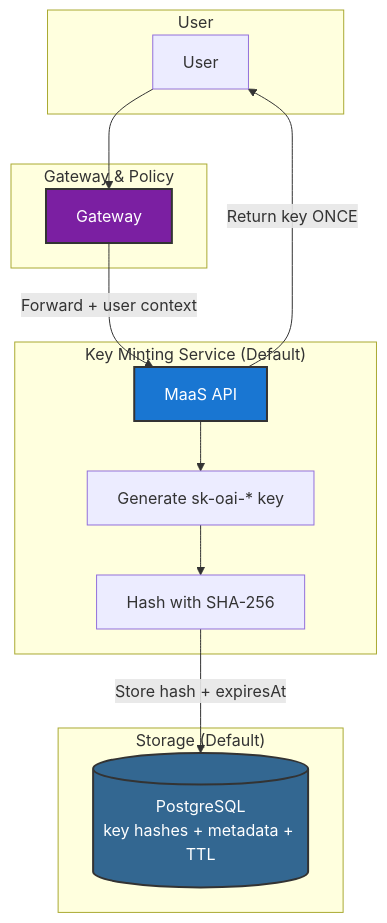
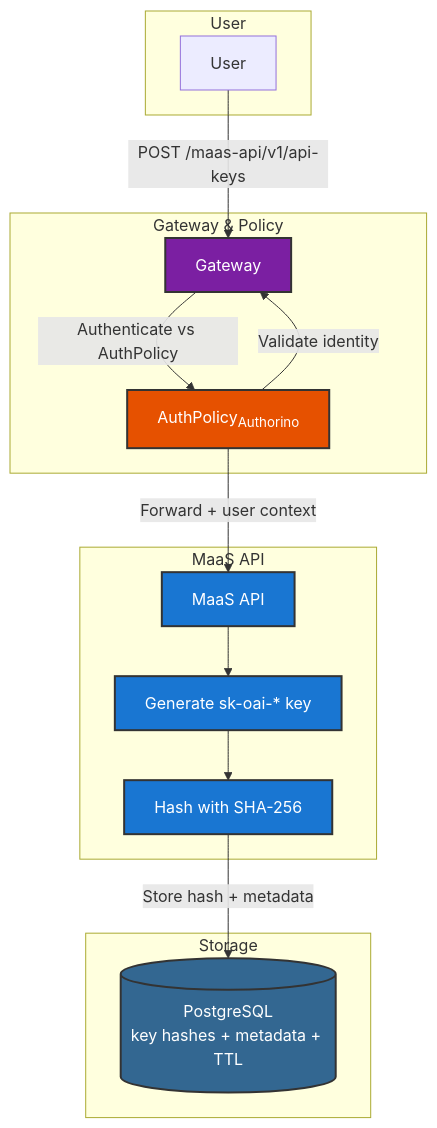
Before and after one commit to opendatahub-io/models-as-a-service: the second of 7 diagrams in docs/content/architecture.md, drawn with Mermaid. The commit also changed other lines of this file and 5 other files, not shown here.

Commit message:
Adding Persona Diagram

````diff
--- a/docs/content/architecture.md
+++ b/docs/content/architecture.md
@@ -116,31 +101,36 @@
 ```mermaid
 graph TB
     subgraph UserLayer["User"]
         U[User]
     end
-    
+
     subgraph GatewayLayer["Gateway & Policy"]
         G[Gateway]
+        AP["AuthPolicy<sub>Authorino</sub>"]
     end
-    
-    subgraph KeyMintingService["Key Minting Service (Default)"]
+
+    subgraph KeyMinting["MaaS API"]
         API[MaaS API]
         Gen[Generate sk-oai-* key]
         Hash[Hash with SHA-256]
     end
-    
-    subgraph Storage["Storage (Default)"]
+
+    subgraph Storage["Storage"]
         DB[(PostgreSQL<br/>key hashes + metadata + TTL)]
     end
-    
-    U --> G
-    G -->|"Forward + user context"| API
+
+    U -->|"POST /maas-api/v1/api-keys"| G
+    G -->|"Authenticate vs AuthPolicy"| AP
+    AP -->|"Validate identity"| G
+    AP -->|"Forward + user context"| API
     API --> Gen
     Gen --> Hash
-    Hash -->|"Store hash + expiresAt"| DB
-    API -->|"Return key ONCE"| U
-    
+    Hash -->|"Store hash + metadata"| DB
+
     style API fill:#1976d2,stroke:#333,stroke-width:2px,color:#fff
+    style Gen fill:#1976d2,stroke:#333,stroke-width:2px,color:#fff
+    style Hash fill:#1976d2,stroke:#333,stroke-width:2px,color:#fff
     style G fill:#7b1fa2,stroke:#333,stroke-width:2px,color:#fff
+    style AP fill:#e65100,stroke:#333,stroke-width:2px,color:#fff
     style DB fill:#336791,stroke:#333,stroke-width:2px,color:#fff
 ```
````
